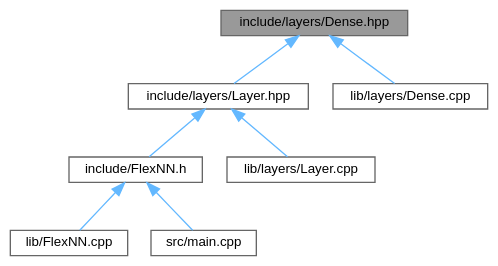
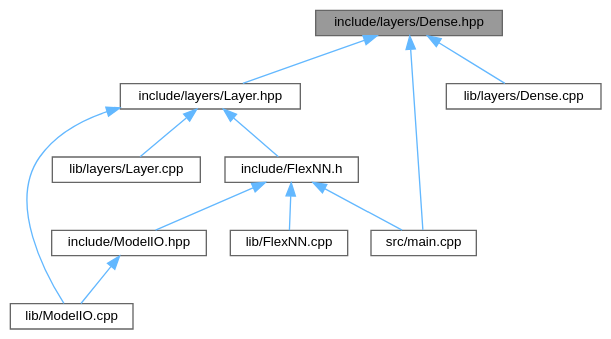
The diagram in Dense_8hpp__dep__incl.dot (Nalin-Angrish/FlexNN), drawn with Graphviz before and after one commit. The commit also changed 201 other files, not shown here.

```diff
--- a/Dense_8hpp__dep__incl.dot
+++ b/Dense_8hpp__dep__incl.dot
@@ -1,20 +1,26 @@
 digraph "include/layers/Dense.hpp"
 {
  // LATEX_PDF_SIZE
   bgcolor="transparent";
   edge [fontname=Helvetica,fontsize=10,labelfontname=Helvetica,labelfontsize=10];
   node [fontname=Helvetica,fontsize=10,shape=box,height=0.2,width=0.4];
   Node1 [id="Node000001",label="include/layers/Dense.hpp",height=0.2,width=0.4,color="gray40", fillcolor="grey60", style="filled", fontcolor="black",tooltip="Dense (fully-connected) layer for FlexNN::Layers."];
   Node1 -> Node2 [id="edge1_Node000001_Node000002",dir="back",color="steelblue1",style="solid",tooltip=" "];
   Node2 [id="Node000002",label="include/layers/Layer.hpp",height=0.2,width=0.4,color="grey40", fillcolor="white", style="filled",URL="$Layer_8hpp.html",tooltip="Type-erased wrapper for FlexNN::Layers — heterogeneous stack without inheritance."];
   Node2 -> Node3 [id="edge2_Node000002_Node000003",dir="back",color="steelblue1",style="solid",tooltip=" "];
   Node3 [id="Node000003",label="include/FlexNN.h",height=0.2,width=0.4,color="grey40", fillcolor="white", style="filled",URL="$FlexNN_8h.html",tooltip="Header for FlexNN neural network (heterogeneous stack via Layers::Layer)."];
   Node3 -> Node4 [id="edge3_Node000003_Node000004",dir="back",color="steelblue1",style="solid",tooltip=" "];
-  Node4 [id="Node000004",label="lib/FlexNN.cpp",height=0.2,width=0.4,color="grey40", fillcolor="white", style="filled",URL="$FlexNN_8cpp.html",tooltip="Implements FlexNN::NeuralNetwork with heterogeneous Layers::Layer variant."];
-  Node3 -> Node5 [id="edge4_Node000003_Node000005",dir="back",color="steelblue1",style="solid",tooltip=" "];
-  Node5 [id="Node000005",label="src/main.cpp",height=0.2,width=0.4,color="grey40", fillcolor="white", style="filled",URL="$main_8cpp.html",tooltip="Main file for the MNIST digit recognition example using FlexNN."];
-  Node2 -> Node6 [id="edge5_Node000002_Node000006",dir="back",color="steelblue1",style="solid",tooltip=" "];
-  Node6 [id="Node000006",label="lib/layers/Layer.cpp",height=0.2,width=0.4,color="grey40", fillcolor="white", style="filled",URL="$layers_2Layer_8cpp.html",tooltip="Out-of-line helpers for FlexNN::Layers::Layer (currently header-only)."];
-  Node1 -> Node7 [id="edge6_Node000001_Node000007",dir="back",color="steelblue1",style="solid",tooltip=" "];
-  Node7 [id="Node000007",label="lib/layers/Dense.cpp",height=0.2,width=0.4,color="grey40", fillcolor="white", style="filled",URL="$Dense_8cpp.html",tooltip="Implements FlexNN::Layers::Dense forward/backward/update."];
+  Node4 [id="Node000004",label="include/ModelIO.hpp",height=0.2,width=0.4,color="grey40", fillcolor="white", style="filled",URL="$ModelIO_8hpp.html",tooltip="Flat binary ModelIO for FlexNN — exportModel / importModel."];
+  Node4 -> Node5 [id="edge4_Node000004_Node000005",dir="back",color="steelblue1",style="solid",tooltip=" "];
+  Node5 [id="Node000005",label="lib/ModelIO.cpp",height=0.2,width=0.4,color="grey40", fillcolor="white", style="filled",URL="$ModelIO_8cpp.html",tooltip="Implements FlexNN flat binary export/import per LLD_FLEXNN §7."];
+  Node3 -> Node6 [id="edge5_Node000003_Node000006",dir="back",color="steelblue1",style="solid",tooltip=" "];
+  Node6 [id="Node000006",label="lib/FlexNN.cpp",height=0.2,width=0.4,color="grey40", fillcolor="white", style="filled",URL="$FlexNN_8cpp.html",tooltip="Implements FlexNN::NeuralNetwork with heterogeneous Layers::Layer variant."];
+  Node3 -> Node7 [id="edge6_Node000003_Node000007",dir="back",color="steelblue1",style="solid",tooltip=" "];
+  Node7 [id="Node000007",label="src/main.cpp",height=0.2,width=0.4,color="grey40", fillcolor="white", style="filled",URL="$main_8cpp.html",tooltip="MNIST example — now uses FlexNN::Layers::Dense + Activations + deterministic seed."];
+  Node2 -> Node5 [id="edge7_Node000002_Node000005",dir="back",color="steelblue1",style="solid",tooltip=" "];
+  Node2 -> Node8 [id="edge8_Node000002_Node000008",dir="back",color="steelblue1",style="solid",tooltip=" "];
+  Node8 [id="Node000008",label="lib/layers/Layer.cpp",height=0.2,width=0.4,color="grey40", fillcolor="white", style="filled",URL="$layers_2Layer_8cpp.html",tooltip="Out-of-line helpers for FlexNN::Layers::Layer (currently header-only)."];
+  Node1 -> Node9 [id="edge9_Node000001_Node000009",dir="back",color="steelblue1",style="solid",tooltip=" "];
+  Node9 [id="Node000009",label="lib/layers/Dense.cpp",height=0.2,width=0.4,color="grey40", fillcolor="white", style="filled",URL="$Dense_8cpp.html",tooltip="Implements FlexNN::Layers::Dense forward/backward/update."];
+  Node1 -> Node7 [id="edge10_Node000001_Node000007",dir="back",color="steelblue1",style="solid",tooltip=" "];
 }
```
